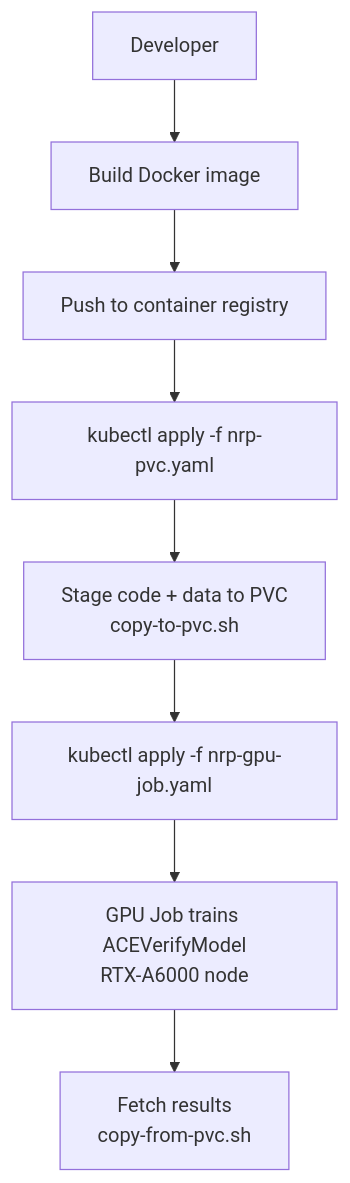
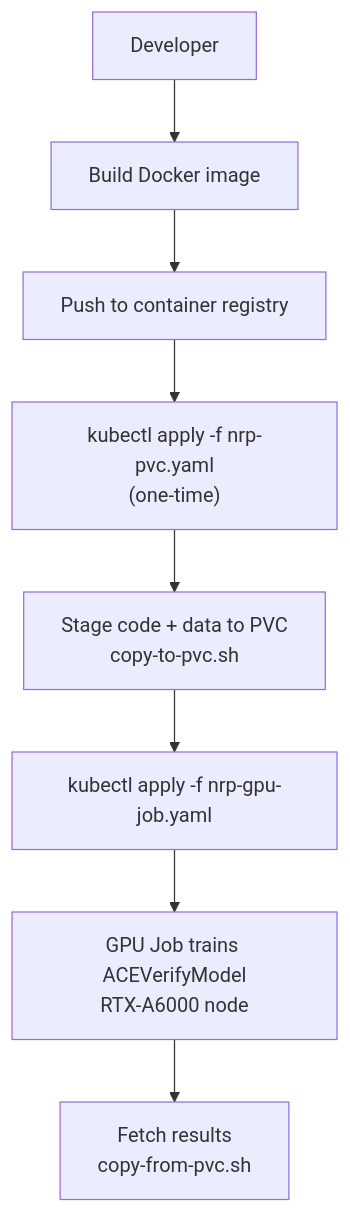
The first of 2 diagrams in docs/Setup-and-Deployment.md (AB-at-UCR/ACE.verify), drawn with Mermaid before and after one commit. The commit also changed other lines of this file and 17 other files, not shown here.

````diff
--- a/docs/Setup-and-Deployment.md
+++ b/docs/Setup-and-Deployment.md
@@ -211,10 +216,10 @@
 ```mermaid
 flowchart TD
     A[Developer] --> B[Build Docker image]
     B --> C[Push to container registry]
-    C --> D[kubectl apply -f nrp-pvc.yaml]
+    C --> D["kubectl apply -f nrp-pvc.yaml<br/>(one-time)"]
     D --> E[Stage code + data to PVC<br/>copy-to-pvc.sh]
-    E --> F[kubectl apply -f nrp-gpu-job.yaml]
+    E --> F["kubectl apply -f nrp-gpu-job.yaml"]
     F --> G[GPU Job trains ACEVerifyModel<br/>RTX-A6000 node]
     G --> H[Fetch results<br/>copy-from-pvc.sh]
 ```
````
